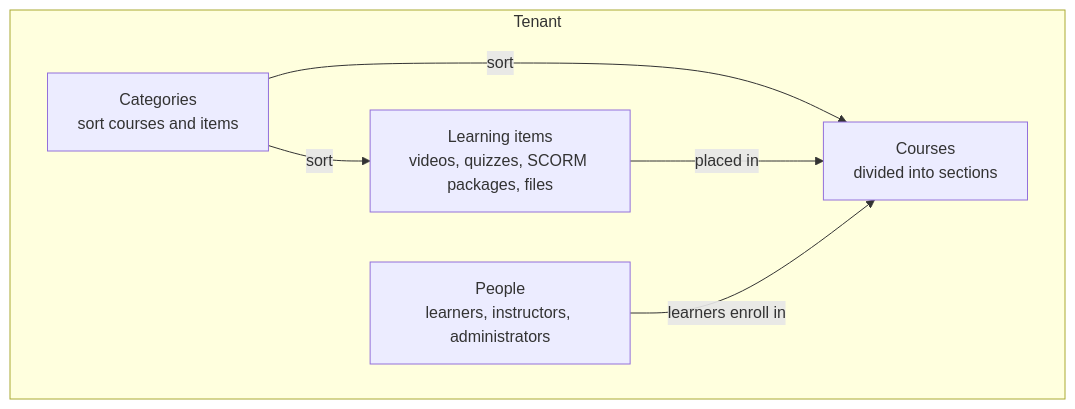
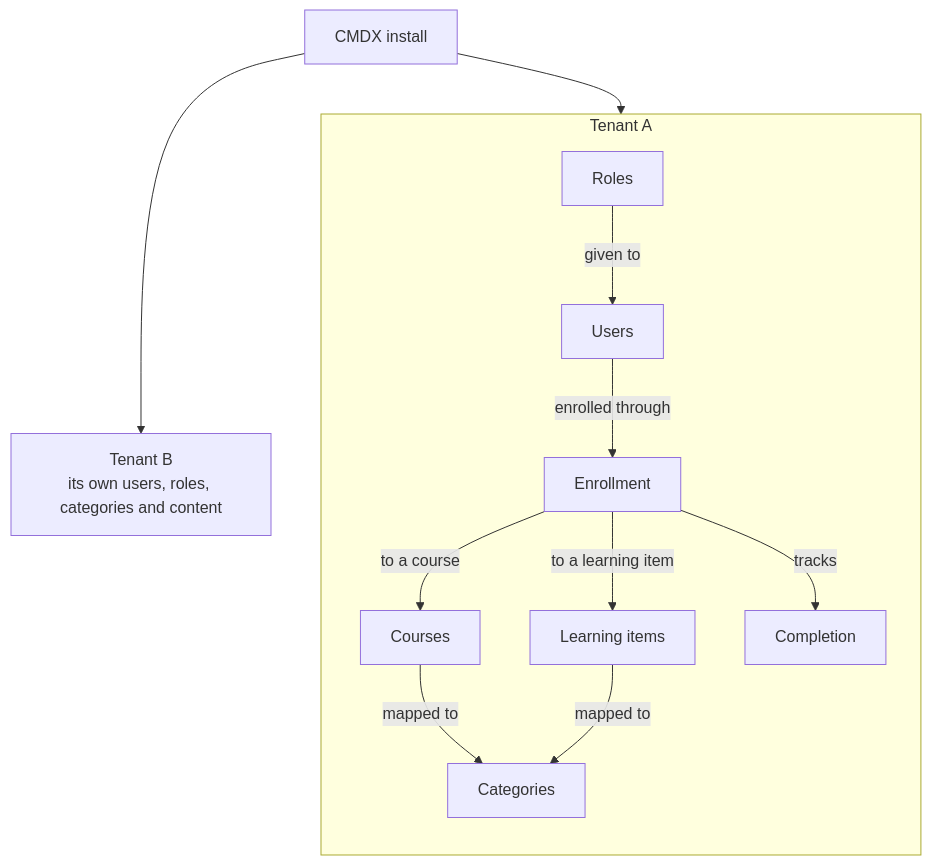
One commit to CMDxAI/CMDXAI-website changed the first of 2 diagrams in docs-site/docs-current/getting-started/concepts.md. Above: the diagram before and after it, drawn with Mermaid. The commit also changed other lines of this file, not shown here.

Commit message:
Redraw the concepts diagram as install, tenants and enrollments
The tenant diagram drew categories, items and courses as peers and
left out roles and completion. It now shows one CMDX install holding
many tenants. Inside a tenant, roles are given to users, users reach a
course or a learning item through an enrollment, the enrollment tracks
completion, and courses and learning items are mapped to categories.
The intro and tenant bullets follow the same order, and the separate
enrollment section becomes "Learning items outside a course".

````diff
--- a/docs-site/docs-current/getting-started/concepts.md
+++ b/docs-site/docs-current/getting-started/concepts.md
@@ -25,17 +23,20 @@
 ```mermaid
-flowchart LR
-  accTitle: What a tenant contains
-  accDescr: A tenant contains people, categories, learning items and courses. Categories sort both courses and learning items. Learning items are placed in courses. Learners enroll in courses.
+flowchart TB
+  accTitle: How a CMDX install is organized
+  accDescr: One CMDX install holds many tenants, such as Tenant A and Tenant B, kept apart from each other. Inside a tenant, roles are given to users. Courses and learning items are mapped to categories. A user is connected to a course or a learning item through an enrollment, and the enrollment tracks the user's completion.
 
-  subgraph tenant[Tenant]
-    direction LR
-    categories["Categories<br/>sort courses and items"]
-    items["Learning items<br/>videos, quizzes, SCORM packages, files"]
-    courses["Courses<br/>divided into sections"]
-    people["People<br/>learners, instructors, administrators"]
-    categories -- sort --> items
-    categories -- sort --> courses
-    items -- placed in --> courses
-    people -- learners enroll in --> courses
+  cmdx["CMDX install"]
+  cmdx --> tenantA
+  cmdx --> tenantB["Tenant B<br/>its own users, roles, categories and content"]
+
+  subgraph tenantA[Tenant A]
+    direction TB
+    roles["Roles"] -- given to --> users["Users"]
+    users -- enrolled through --> enrollment["Enrollment"]
+    enrollment -- to a course --> courses["Courses"]
+    enrollment -- to a learning item --> items["Learning items"]
+    enrollment -- tracks --> completion["Completion"]
+    courses -- mapped to --> categories["Categories"]
+    items -- mapped to --> categories
   end
 ```
````
